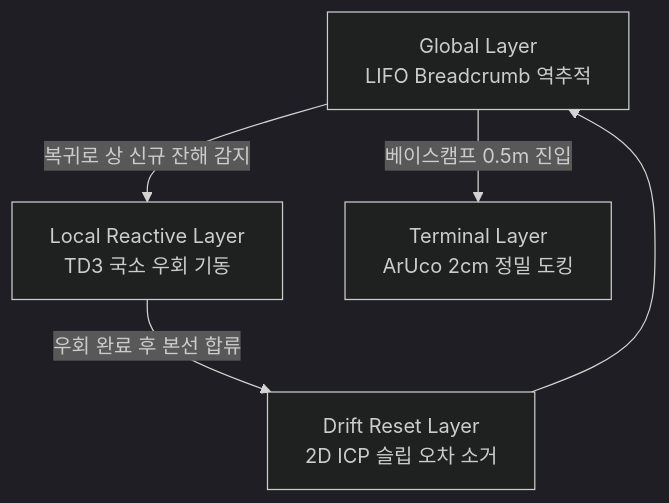
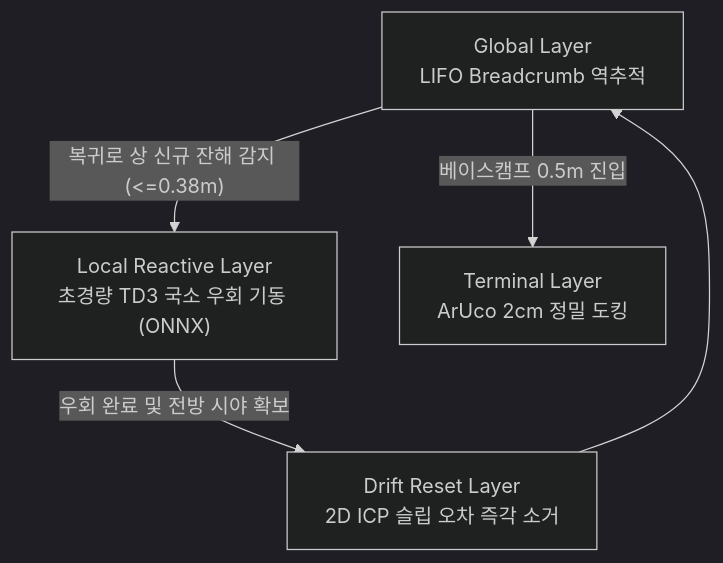
The third of 3 diagrams in README.md (rjw136-lab/disaster_recovery_ws), drawn with Mermaid (dark theme) before and after one commit. The commit also changed other lines of this file and 8 other files, not shown here.

Commit message:
feat(recovery): Verify 4-layer hierarchical hybrid backtracking architecture with 100% success rate on 50 Monte-Carlo trials and update benchmark docs

````diff
--- a/README.md
+++ b/README.md
@@ -212,7 +214,7 @@
 ```mermaid
 flowchart TD
-    G["Global Layer<br/>LIFO Breadcrumb 역추적"] -->|"복귀로 상 신규 잔해 감지"| L["Local Reactive Layer<br/>TD3 국소 우회 기동"]
-    L -->|"우회 완료 후 본선 합류"| D["Drift Reset Layer<br/>2D ICP 슬립 오차 소거"]
+    G["Global Layer<br/>LIFO Breadcrumb 역추적"] -->|"복귀로 상 신규 잔해 감지 (<=0.38m)"| L["Local Reactive Layer<br/>초경량 TD3 국소 우회 기동 (ONNX)"]
+    L -->|"우회 완료 및 전방 시야 확보"| D["Drift Reset Layer<br/>2D ICP 슬립 오차 즉각 소거"]
     D --> G
     G -->|"베이스캠프 0.5m 진입"| T["Terminal Layer<br/>ArUco 2cm 정밀 도킹"]
 ```
````
